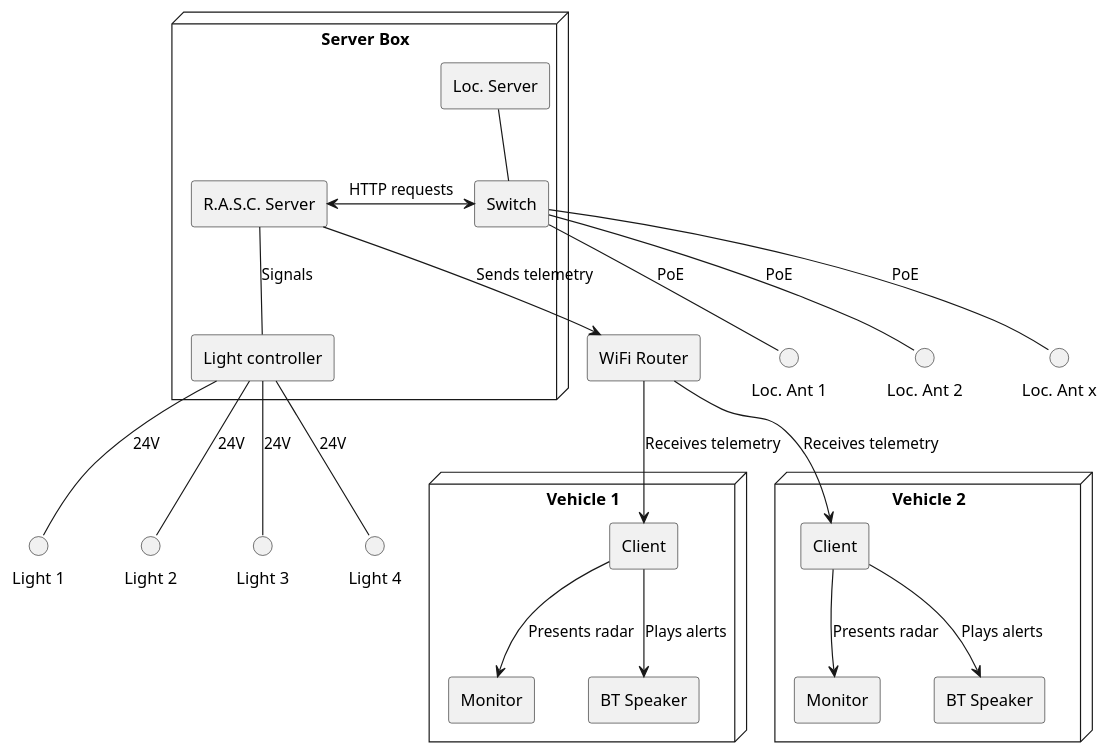
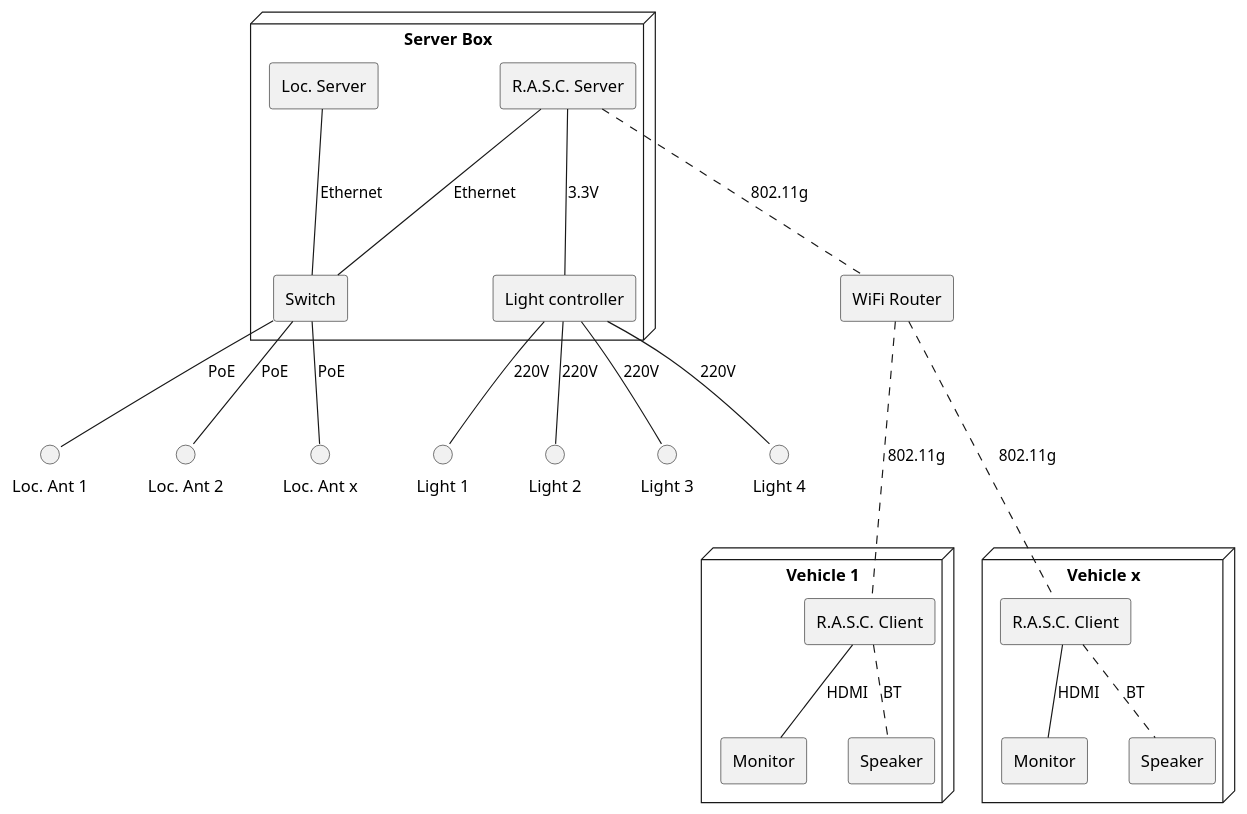
The diagram in Documentation/conn_diag.puml (HermesDaviskas/bic.rasca), drawn with PlantUML before and after one commit. The commit also changed 2 other files, not shown here.

Commit message:
Add diagram image

```diff
--- a/Documentation/conn_diag.puml
+++ b/Documentation/conn_diag.puml
@@ -1,52 +1,52 @@
 @startuml
 
 node "Server Box" as ServerDocker {
     rectangle "Loc. Server" as ls
     rectangle "R.A.S.C. Server" as rs
     rectangle "Switch" as sw
     rectangle "Light controller" as lc
-    rs <-> sw : HTTP requests
-    rs -- lc : Signals
-    ls -- sw 
+    rs --- sw : Ethernet
+    rs --- lc : 3.3V
+    ls --- sw : Ethernet
 }
 
 circle "Loc. Ant 1" as la1
 circle "Loc. Ant 2" as la2
 circle "Loc. Ant x" as lax
 
 sw -- la1 : PoE
 sw -- la2 : PoE
 sw -- lax : PoE
 
 circle "Light 1" as l1
 circle "Light 2" as l2
 circle "Light 3" as l3
 circle "Light 4" as l4
 
-lc -- l1 : 24V
-lc -- l2 : 24V
-lc -- l3 : 24V
-lc -- l4 : 24V
+lc -- l1 : 220V
+lc -- l2 : 220V
+lc -- l3 : 220V
+lc -- l4 : 220V
 
 rectangle "WiFi Router" as rt
 
 node "Vehicle 1" as vh1 {
-    rectangle "Client" as cl1
+    rectangle "R.A.S.C. Client" as cl1
     rectangle "Monitor" as mn1
-    rectangle "BT Speaker" as sp1
-    cl1 --> mn1 : Presents radar
-    cl1 --> sp1 : Plays alerts
+    rectangle "Speaker" as sp1
+    cl1 -- mn1 : HDMI
+    cl1 .. sp1 : BT
 }
 
-node "Vehicle 2" as vh2 {
-    rectangle "Client" as cl2
+node "Vehicle x" as vh2 {
+    rectangle "R.A.S.C. Client" as cl2
     rectangle "Monitor" as mn2
-    rectangle "BT Speaker" as sp2
-    cl2 --> mn2 : Presents radar
-    cl2 --> sp2 : Plays alerts
+    rectangle "Speaker" as sp2
+    cl2 -- mn2 : HDMI
+    cl2 .. sp2 : BT
 }
-    rs --> rt : Sends telemetry
-    rt --> cl1 : Receives telemetry
-    rt --> cl2 : Receives telemetry
+    rs ... rt : 802.11g
+    rt ... cl1 : 802.11g
+    rt ... cl2 : 802.11g
 
 @enduml
```
